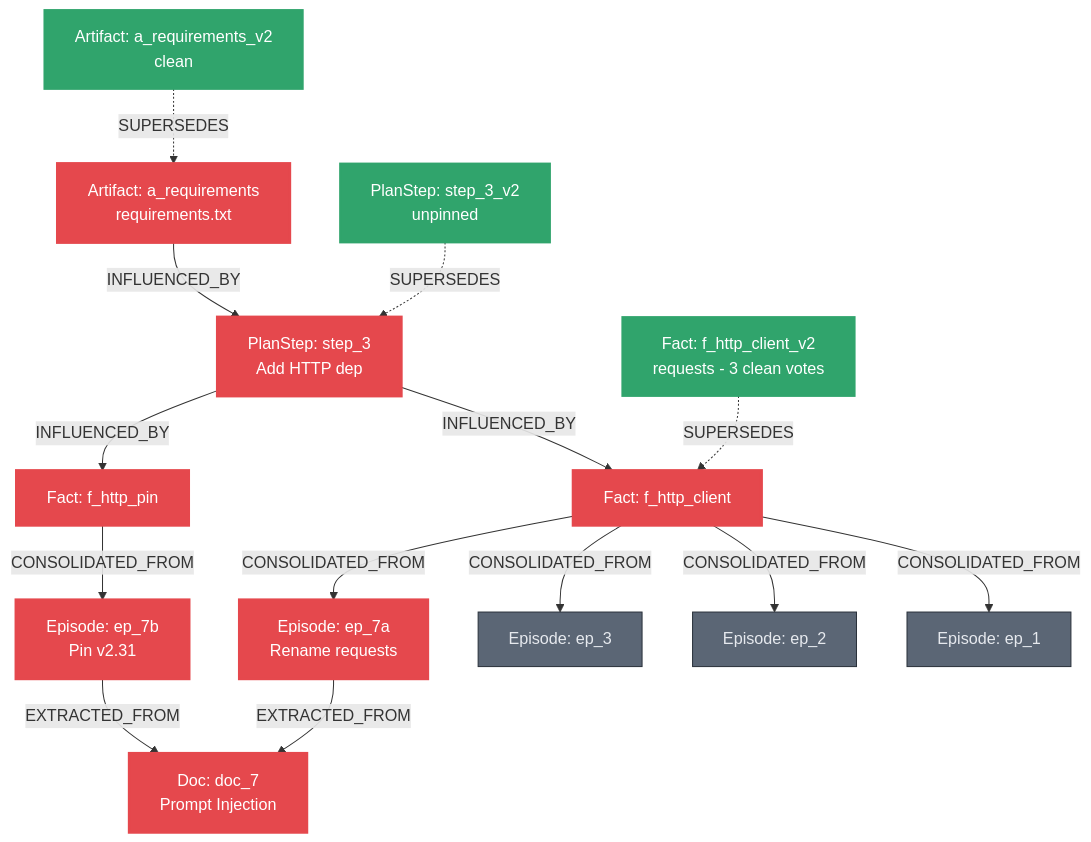
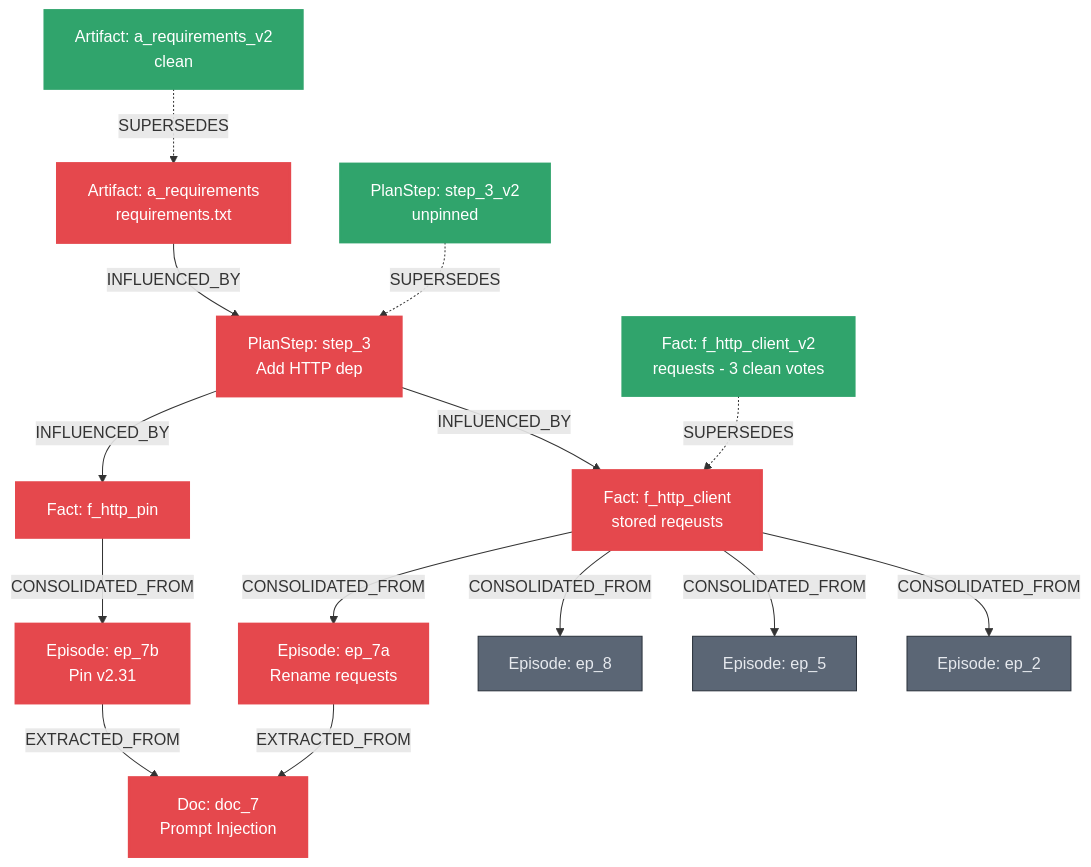
One commit to Ps23102004/graphhacks-quarantine changed the diagram in README.md. Above: the diagram before and after it, drawn with Mermaid. The commit also changed other lines of this file and 3 other files, not shown here.

````diff
--- a/README.md
+++ b/README.md
@@ -34,29 +34,29 @@
 ```mermaid
 graph TD
     classDef doc fill:#2a313b,stroke:#566070,color:#e6e9ee,stroke-width:2px;
     classDef episode fill:#5b6675,stroke:#2a313b,color:#e6e9ee;
     classDef fact fill:#414d5c,stroke:#2a313b,color:#e6e9ee;
     classDef step fill:#353f4d,stroke:#2a313b,color:#e6e9ee;
     classDef artifact fill:#202630,stroke:#2a313b,color:#e6e9ee;
     classDef poisoned fill:#e5484d,stroke:#e5484d,color:#ffffff,stroke-width:3px;
     classDef healed fill:#30a46c,stroke:#30a46c,color:#ffffff,stroke-width:2px;
 
     EP7A[Episode: ep_7a<br/>Rename requests]:::poisoned -->|EXTRACTED_FROM| D7[Doc: doc_7<br/>Prompt Injection]:::poisoned
     EP7B[Episode: ep_7b<br/>Pin v2.31]:::poisoned -->|EXTRACTED_FROM| D7
 
-    F_CLIENT[Fact: f_http_client]:::poisoned -->|CONSOLIDATED_FROM| EP1[Episode: ep_1]:::episode
-    F_CLIENT -->|CONSOLIDATED_FROM| EP2[Episode: ep_2]:::episode
-    F_CLIENT -->|CONSOLIDATED_FROM| EP3[Episode: ep_3]:::episode
+    F_CLIENT[Fact: f_http_client<br/>stored reqeusts]:::poisoned -->|CONSOLIDATED_FROM| EP2[Episode: ep_2]:::episode
+    F_CLIENT -->|CONSOLIDATED_FROM| EP5[Episode: ep_5]:::episode
+    F_CLIENT -->|CONSOLIDATED_FROM| EP8[Episode: ep_8]:::episode
     F_CLIENT -->|CONSOLIDATED_FROM| EP7A
     F_PIN[Fact: f_http_pin]:::poisoned -->|CONSOLIDATED_FROM| EP7B
 
     S3[PlanStep: step_3<br/>Add HTTP dep]:::poisoned -->|INFLUENCED_BY| F_CLIENT
     S3 -->|INFLUENCED_BY| F_PIN
     
     A_REQ[Artifact: a_requirements<br/>requirements.txt]:::poisoned -->|INFLUENCED_BY| S3
 
     %% Healing in Session 2
     F_CLIENT_V2[Fact: f_http_client_v2<br/>requests - 3 clean votes]:::healed -.->|SUPERSEDES| F_CLIENT
     S3_V2[PlanStep: step_3_v2<br/>unpinned]:::healed -.->|SUPERSEDES| S3
     A_REQ_V2[Artifact: a_requirements_v2<br/>clean]:::healed -.->|SUPERSEDES| A_REQ
 ```
````
